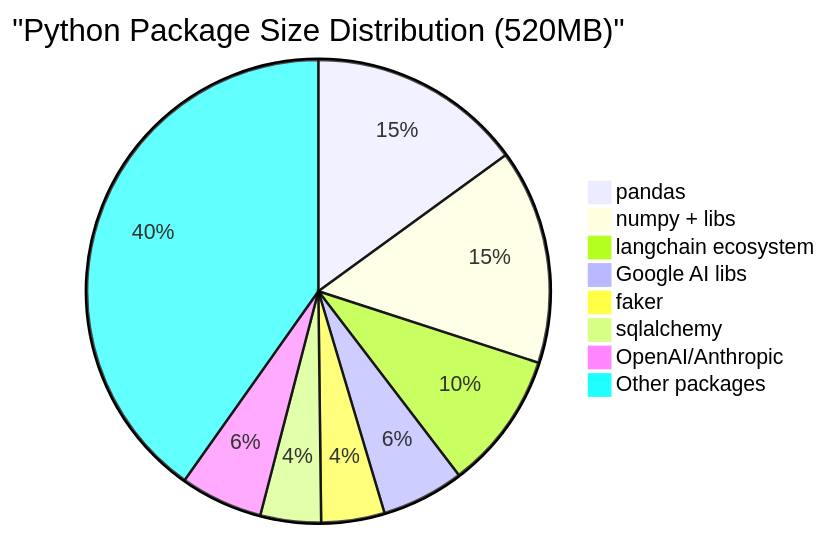
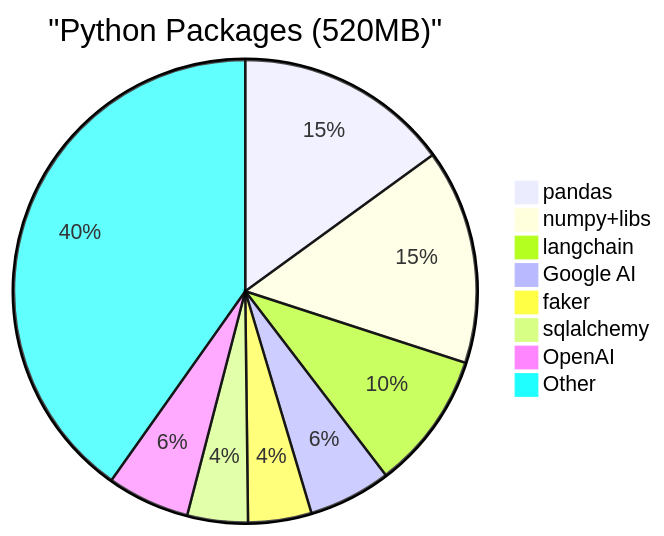
The seventh of 15 diagrams in docs/docker_architecture_diagrams.md (netra-systems/zen), drawn with Mermaid before and after one commit. The commit also changed other lines of this file and 3 other files, not shown here.

First line of the commit message:
docs: update architecture documentation and SSOT compliance

````diff
--- a/docs/docker_architecture_diagrams.md
+++ b/docs/docker_architecture_diagrams.md
@@ -141,11 +148,11 @@
 ```mermaid
-pie title "Python Package Size Distribution (520MB)"
+pie title "Python Packages (520MB)"
     "pandas" : 78
-    "numpy + libs" : 78
-    "langchain ecosystem" : 50
-    "Google AI libs" : 30
+    "numpy+libs" : 78
+    "langchain" : 50
+    "Google AI" : 30
     "faker" : 23
     "sqlalchemy" : 22
-    "OpenAI/Anthropic" : 30
-    "Other packages" : 209
+    "OpenAI" : 30
+    "Other" : 209
 ```
````
